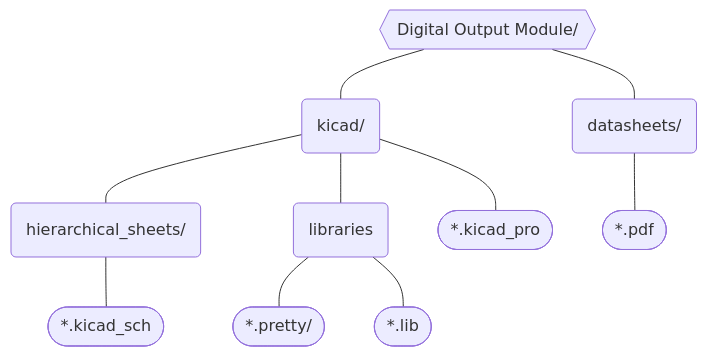
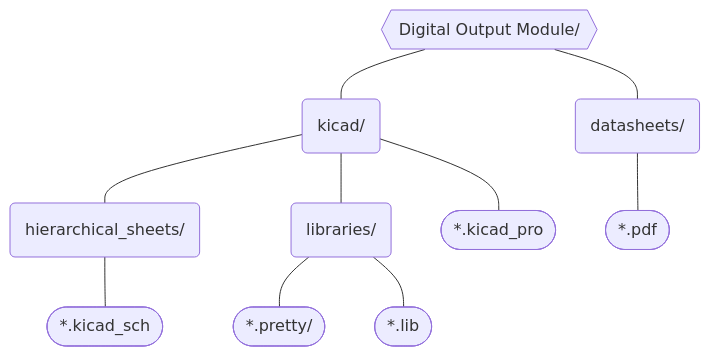
The diagram in Digital_Output_Module/README.md (MSTRocketDesignTeam/TestStand-Instrumentation-PCB), drawn with Mermaid before and after one commit.

Commit message:
fixed directory /

````diff
--- a/Digital_Output_Module/README.md
+++ b/Digital_Output_Module/README.md
@@ -5,12 +5,12 @@
 ```mermaid
 flowchart TD
 1{{Digital Output Module/}} --- 2(kicad/)
 1 --- 3(datasheets/)
 2 --- 4(hierarchical_sheets/)
-2 --- 5(libraries)
+2 --- 5(libraries/)
 5 --- 6(["*.pretty/"])
 4 --- 7([*.kicad_sch])
 2 --- 8([*.kicad_pro])
 3 --- 9([*.pdf])
 5 --- 10([*.lib])
 ```
````
